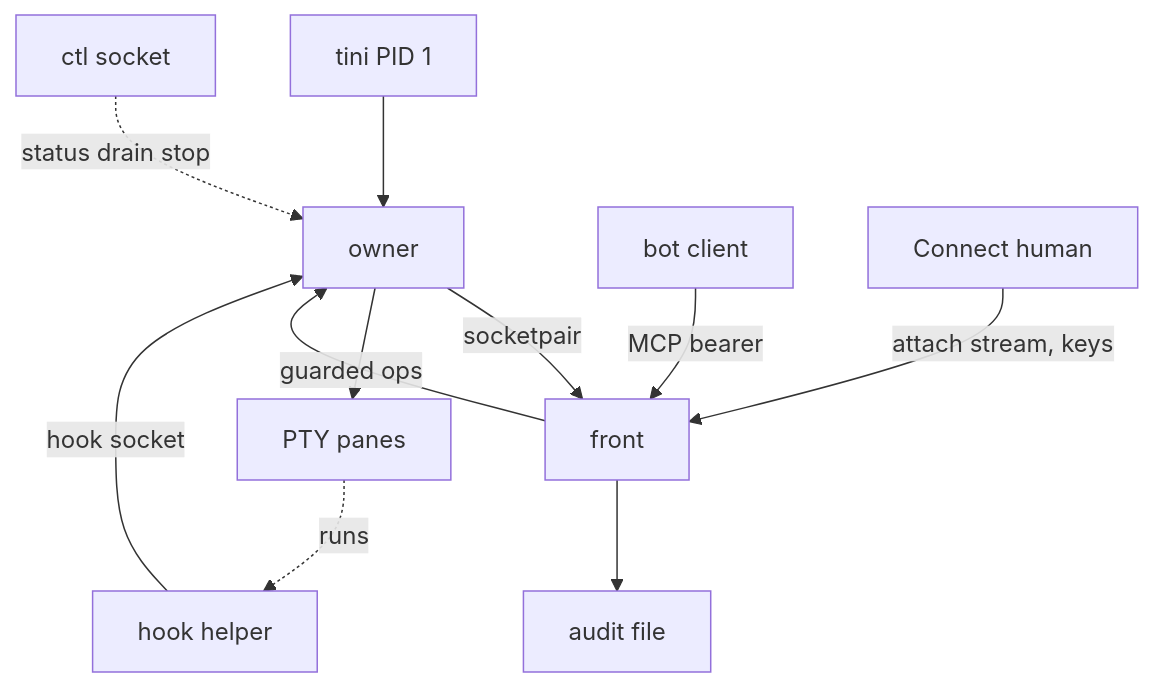
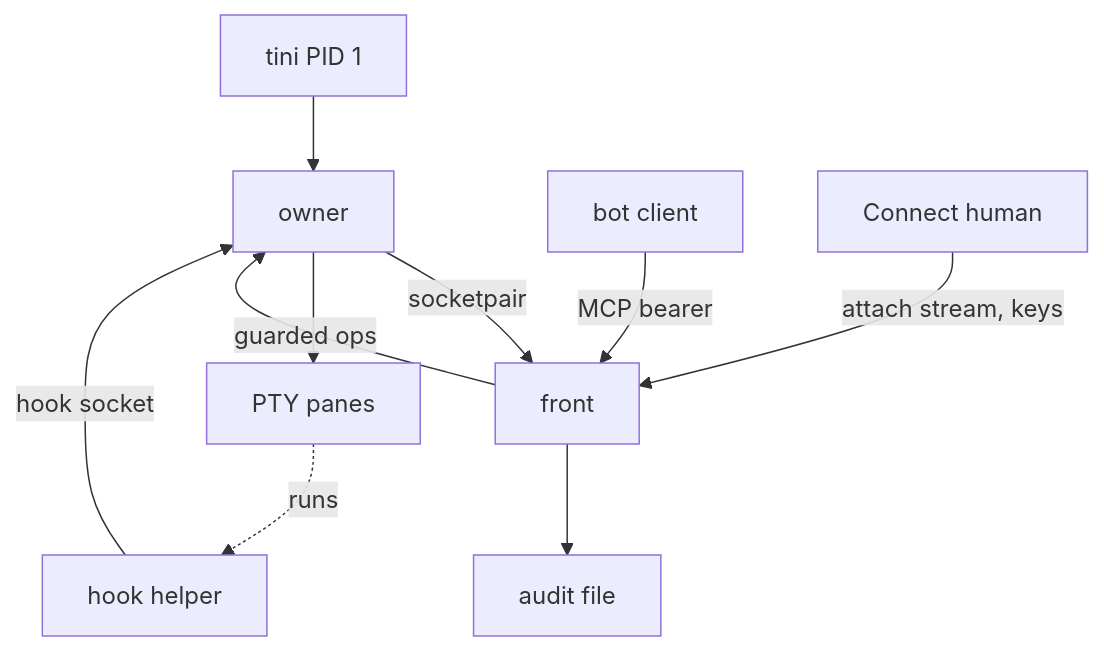
One commit to openabdev/openab-shepherd changed the first of 2 diagrams in docs/adr/restart-survival-and-shared-panes.md. Above: the diagram before and after it, drawn with Mermaid. The commit also changed other lines of this file, not shown here.

````diff
--- a/docs/adr/restart-survival-and-shared-panes.md
+++ b/docs/adr/restart-survival-and-shared-panes.md
@@ -48,13 +48,12 @@
 ```mermaid
 flowchart TD
   T[tini PID 1] --> O[owner]
   O -- socketpair --> F[front]
   O --> P[PTY panes]
   B[bot client] -- MCP bearer --> F
   H[Connect human] -- attach stream, keys --> F
   F -- guarded ops --> O
   F --> A[audit file]
   K[hook helper] -- hook socket --> O
   P -. runs .-> K
-  C[ctl socket] -. status drain stop .-> O
 ```
````
